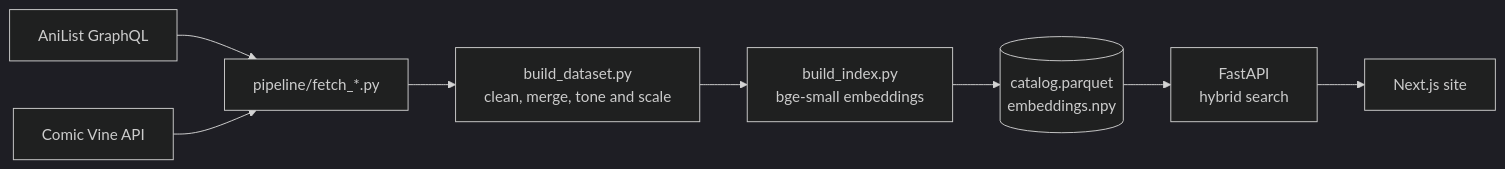
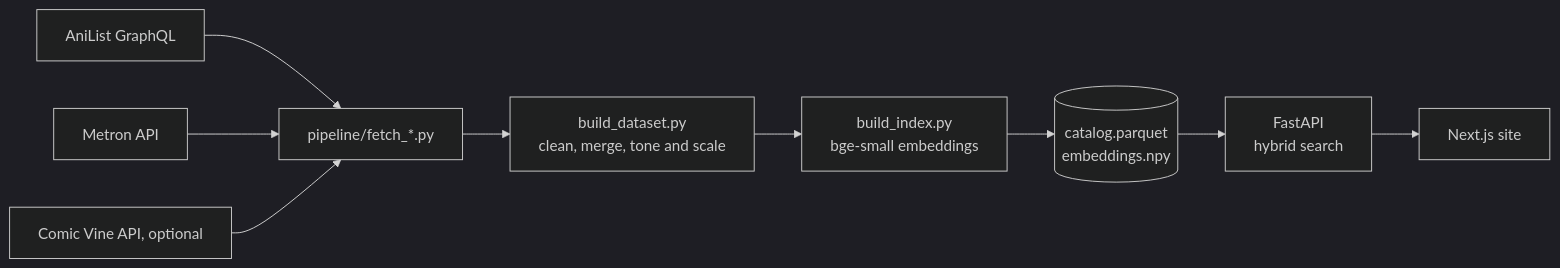
The diagram in README.md (SlazzInC0de/imazinthecomicz), drawn with Mermaid (dark theme) before and after one commit. The commit also changed other lines of this file and 1 other file, not shown here.

````diff
--- a/README.md
+++ b/README.md
@@ -32,10 +32,11 @@
 ```mermaid
 flowchart LR
     A[AniList GraphQL] --> F[pipeline/fetch_*.py]
-    C[Comic Vine API] --> F
+    M[Metron API] --> F
+    C[Comic Vine API, optional] --> F
     F --> B[build_dataset.py<br/>clean, merge, tone and scale]
     B --> I[build_index.py<br/>bge-small embeddings]
     I --> D[(catalog.parquet<br/>embeddings.npy)]
     D --> API[FastAPI<br/>hybrid search]
     API --> W[Next.js site]
 ```
````
